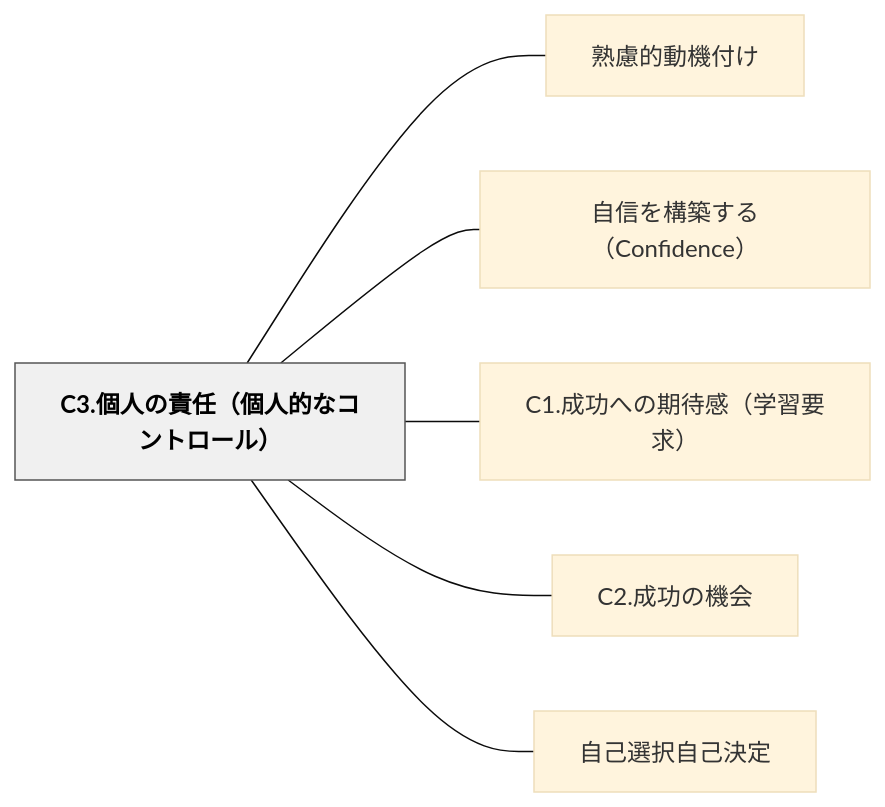
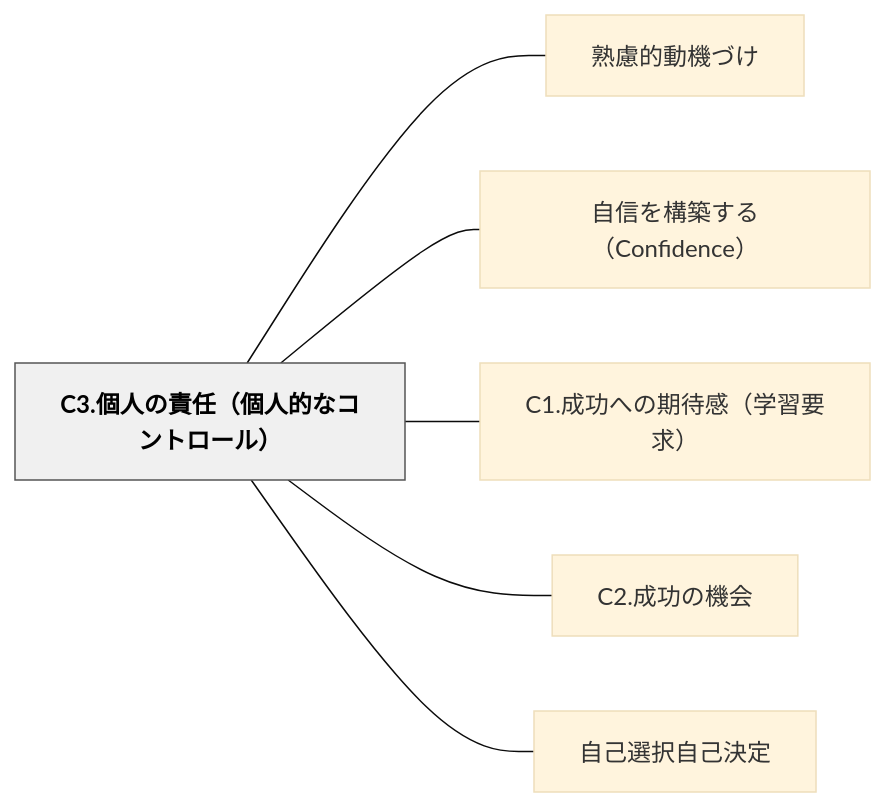
Before and after one commit to unknownthings-ed-patterns/unknownthings-ed-patterns: the diagram in content/パタン/C3.個人の責任（個人的なコントロール）.md, drawn with Mermaid (base theme). The commit also changed other lines of this file and 234 other files, not shown here.

````diff
--- a/content/パタン/C3.個人の責任（個人的なコントロール）.md
+++ b/content/パタン/C3.個人の責任（個人的なコントロール）.md
@@ -37,18 +37,18 @@
 ```mermaid
 flowchart LR
     n43332ee5808be4babae381aee8b2ace4bbbbefbc88e5808be4babae79a84e381aae382b3e383b3e38388e383ade383bce383abefbc89["C3.個人の責任（個人的なコントロール）"]
-    ne7869fe685aee79a84e58b95e6a99fe4bb98e38191["熟慮的動機付け"]
+    ne7869fe685aee79a84e58b95e6a99fe381a5e38191["熟慮的動機づけ"]
     ne887aae4bfa1e38292e6a78be7af89e38199e3828befbc88436f6e666964656e6365efbc89["自信を構築する（Confidence）"]
     n43312ee68890e58a9fe381b8e381aee69c9fe5be85e6849fefbc88e5ada6e7bf92e8a681e6b182efbc89["C1.成功への期待感（学習要求）"]
     n43322ee68890e58a9fe381aee6a99fe4bc9a["C2.成功の機会"]
     ne887aae5b7b1e981b8e68a9ee887aae5b7b1e6b1bae5ae9a["自己選択自己決定"]
 
-    n43332ee5808be4babae381aee8b2ace4bbbbefbc88e5808be4babae79a84e381aae382b3e383b3e38388e383ade383bce383abefbc89 --- ne7869fe685aee79a84e58b95e6a99fe4bb98e38191
+    n43332ee5808be4babae381aee8b2ace4bbbbefbc88e5808be4babae79a84e381aae382b3e383b3e38388e383ade383bce383abefbc89 --- ne7869fe685aee79a84e58b95e6a99fe381a5e38191
     n43332ee5808be4babae381aee8b2ace4bbbbefbc88e5808be4babae79a84e381aae382b3e383b3e38388e383ade383bce383abefbc89 --- ne887aae4bfa1e38292e6a78be7af89e38199e3828befbc88436f6e666964656e6365efbc89
     n43332ee5808be4babae381aee8b2ace4bbbbefbc88e5808be4babae79a84e381aae382b3e383b3e38388e383ade383bce383abefbc89 --- n43312ee68890e58a9fe381b8e381aee69c9fe5be85e6849fefbc88e5ada6e7bf92e8a681e6b182efbc89
     n43332ee5808be4babae381aee8b2ace4bbbbefbc88e5808be4babae79a84e381aae382b3e383b3e38388e383ade383bce383abefbc89 --- n43322ee68890e58a9fe381aee6a99fe4bc9a
     n43332ee5808be4babae381aee8b2ace4bbbbefbc88e5808be4babae79a84e381aae382b3e383b3e38388e383ade383bce383abefbc89 --- ne887aae5b7b1e981b8e68a9ee887aae5b7b1e6b1bae5ae9a
 
     classDef hub fill:#f0f0f0,stroke:#555,color:#000,font-weight:bold
     class n43332ee5808be4babae381aee8b2ace4bbbbefbc88e5808be4babae79a84e381aae382b3e383b3e38388e383ade383bce383abefbc89 hub
 ```
````
